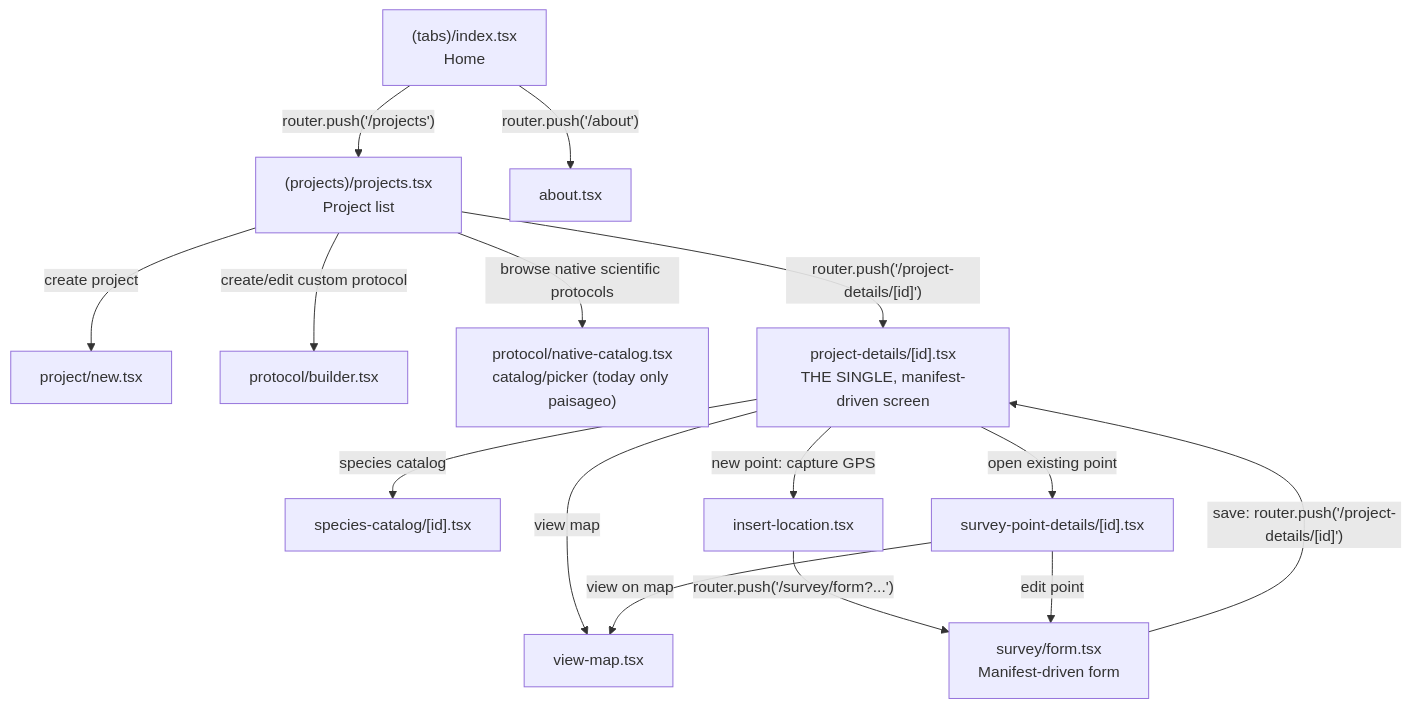
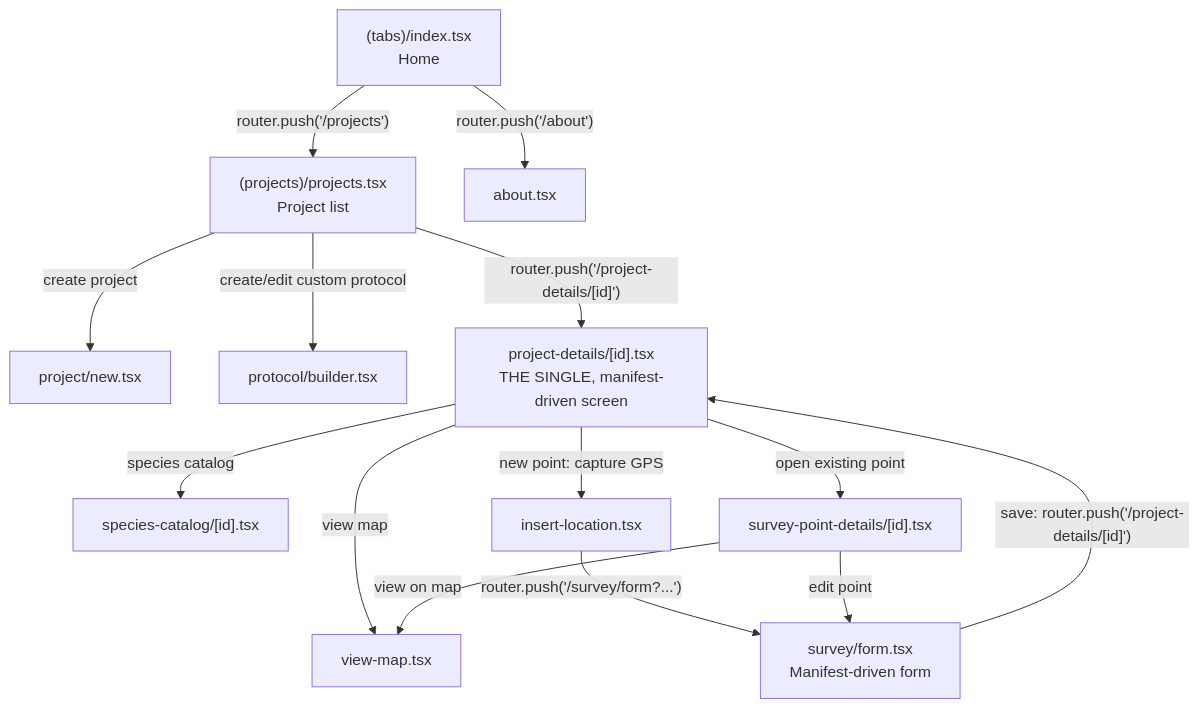
One commit to pablonvsx/nomos changed the second of 4 diagrams in docs/09_SCREEN_FLOW.md. Above: the diagram before and after it, drawn with Mermaid. The commit also changed other lines of this file and 34 other files, not shown here.

````diff
--- a/docs/09_SCREEN_FLOW.md
+++ b/docs/09_SCREEN_FLOW.md
@@ -21,21 +21,20 @@
 ```mermaid
 flowchart TD
     Home["(tabs)/index.tsx<br/>Home"] -->|"router.push('/projects')"| Projects["(projects)/projects.tsx<br/>Project list"]
     Home -->|"router.push('/about')"| About["about.tsx"]
 
     Projects -->|"create project"| NewProject["project/new.tsx"]
     Projects -->|"create/edit custom protocol"| Builder["protocol/builder.tsx"]
-    Projects -->|"browse native scientific protocols"| NativeCatalog["protocol/native-catalog.tsx<br/>catalog/picker (today only paisageo)"]
     Projects -->|"router.push('/project-details/[id]')"| Details["project-details/[id].tsx<br/>THE SINGLE, manifest-driven screen"]
 
     Details -->|"view map"| ViewMap["view-map.tsx"]
     Details -->|"species catalog"| SpeciesCatalog["species-catalog/[id].tsx"]
     Details -->|"new point: capture GPS"| InsertLocation["insert-location.tsx"]
     Details -->|"open existing point"| PointDetails["survey-point-details/[id].tsx"]
 
     InsertLocation -->|"router.push('/survey/form?...')"| Form["survey/form.tsx<br/>Manifest-driven form"]
     PointDetails -->|"edit point"| Form
     PointDetails -->|"view on map"| ViewMap
 
     Form -->|"save: router.push('/project-details/[id]')"| Details
 ```
````
